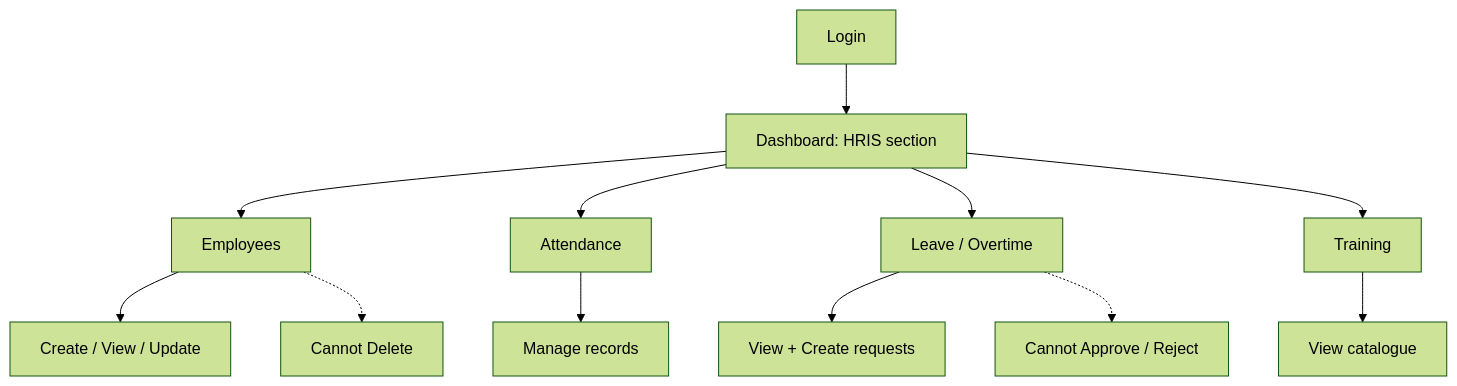
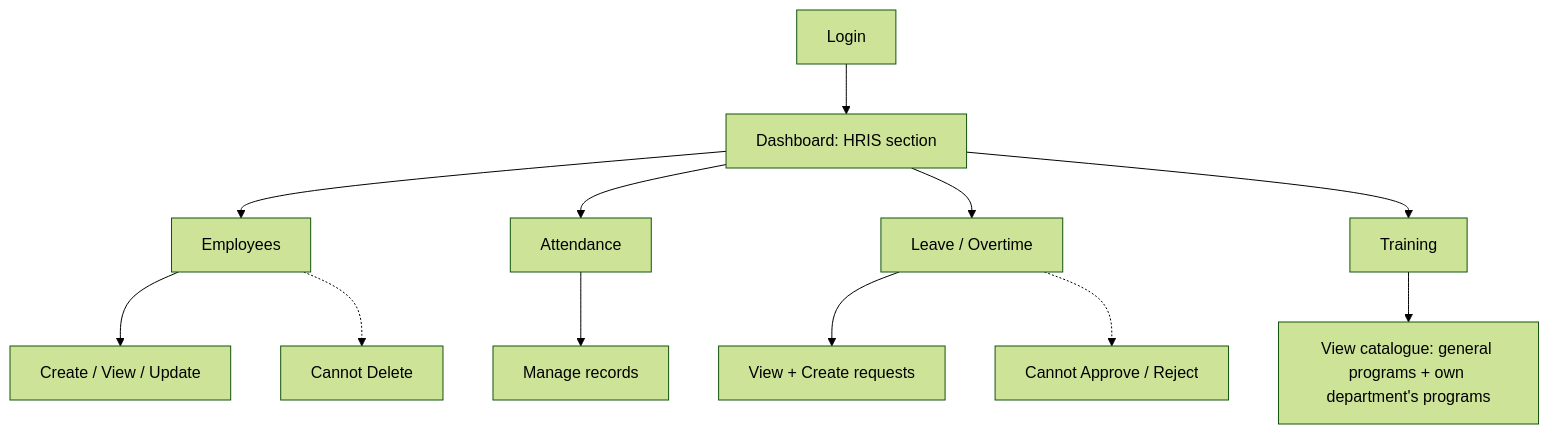
Before and after one commit to NanaBanana14/management-enterprise: the third of 9 diagrams in docs/roles-and-permissions.md, drawn with Mermaid (forest theme). The commit also changed other lines of this file and 4 other files, not shown here.

````diff
--- a/docs/roles-and-permissions.md
+++ b/docs/roles-and-permissions.md
@@ -155,14 +167,14 @@
 ```mermaid
 flowchart TD
     A[Login] --> B[Dashboard: HRIS section]
     B --> C[Employees]
     C --> C1[Create / View / Update]
     C -.-> C2[Cannot Delete]
     B --> D[Attendance]
     D --> D1[Manage records]
     B --> E[Leave / Overtime]
     E --> E1[View + Create requests]
     E -.-> E2[Cannot Approve / Reject]
     B --> F[Training]
-    F --> F1[View catalogue]
+    F --> F1["View catalogue: general programs + own department's programs"]
 ```
````
